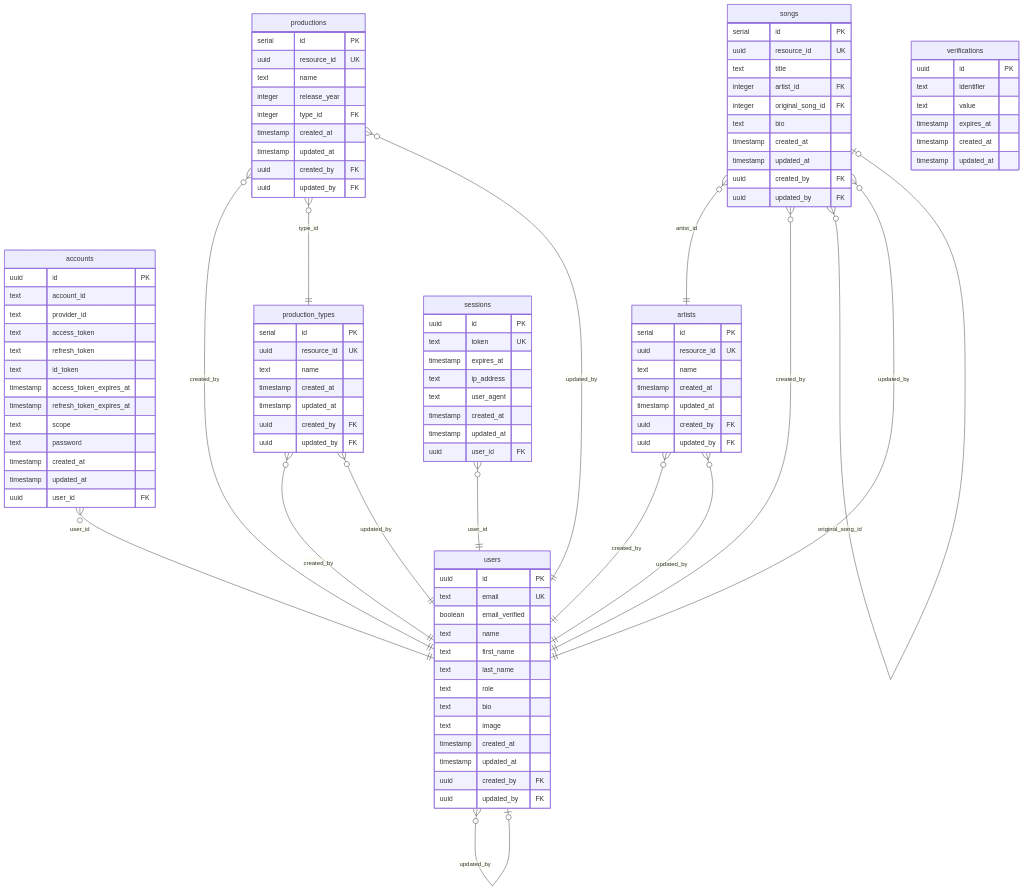
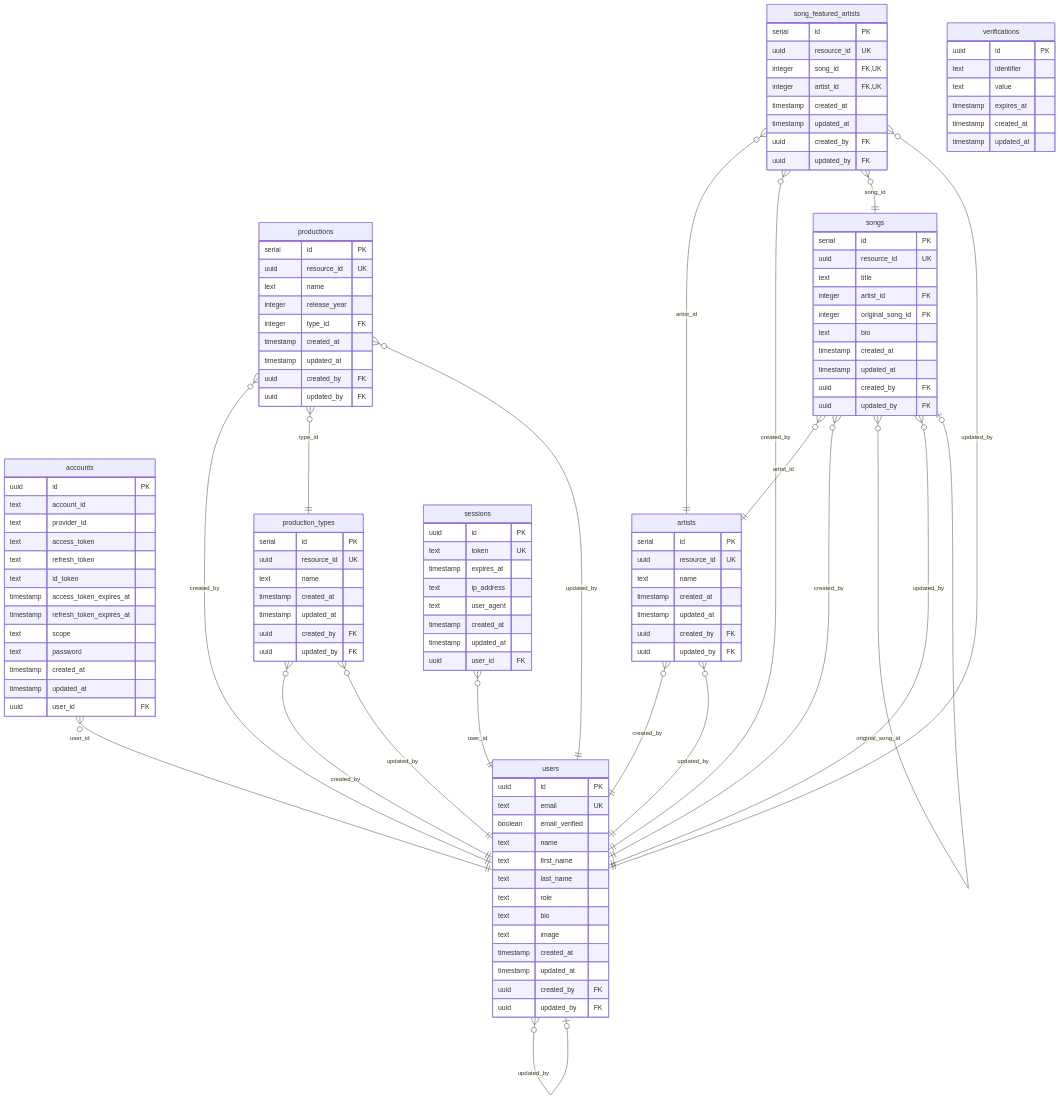
One commit to gleneseo/song-lists changed the diagram in docs/db/schema.md. Above: the diagram before and after it, drawn with Mermaid. The commit also changed other lines of this file and 2 other files, not shown here.

Commit message:
feat: add song_featured_artists join table

```diff
--- a/docs/db/schema.md
+++ b/docs/db/schema.md
@@ -304,6 +344,10 @@
     productions }o--|| production_types : "type_id"
     productions }o--|| users : "updated_by"
     sessions }o--|| users : "user_id"
+    song_featured_artists }o--|| artists : "artist_id"
+    song_featured_artists }o--|| users : "created_by"
+    song_featured_artists }o--|| songs : "song_id"
+    song_featured_artists }o--|| users : "updated_by"
     songs }o--|| artists : "artist_id"
     songs }o--|| users : "created_by"
     songs }o--o| songs : "original_song_id"
@@ -365,6 +409,16 @@
         timestamp updated_at
         uuid user_id FK
     }
+    song_featured_artists {
+        serial id PK
+        uuid resource_id UK
+        integer song_id FK,UK
+        integer artist_id FK,UK
+        timestamp created_at
+        timestamp updated_at
+        uuid created_by FK
+        uuid updated_by FK
+    }
     songs {
         serial id PK
         uuid resource_id UK
```
